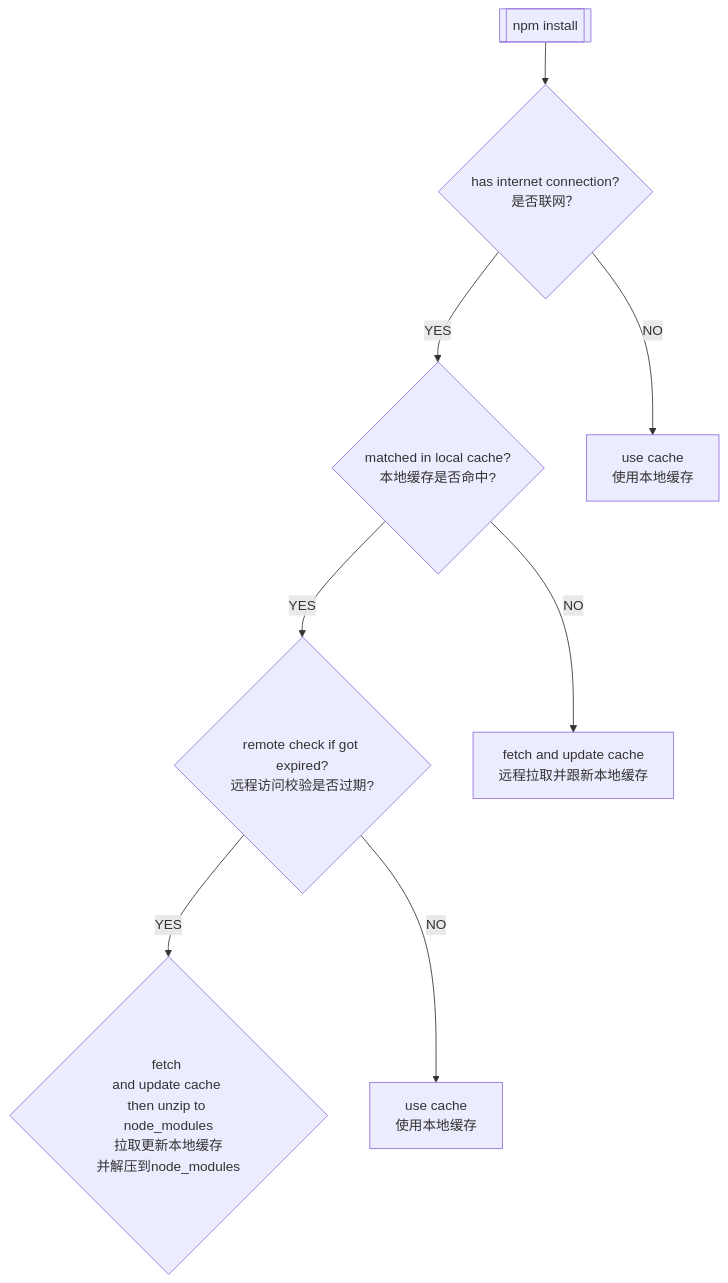
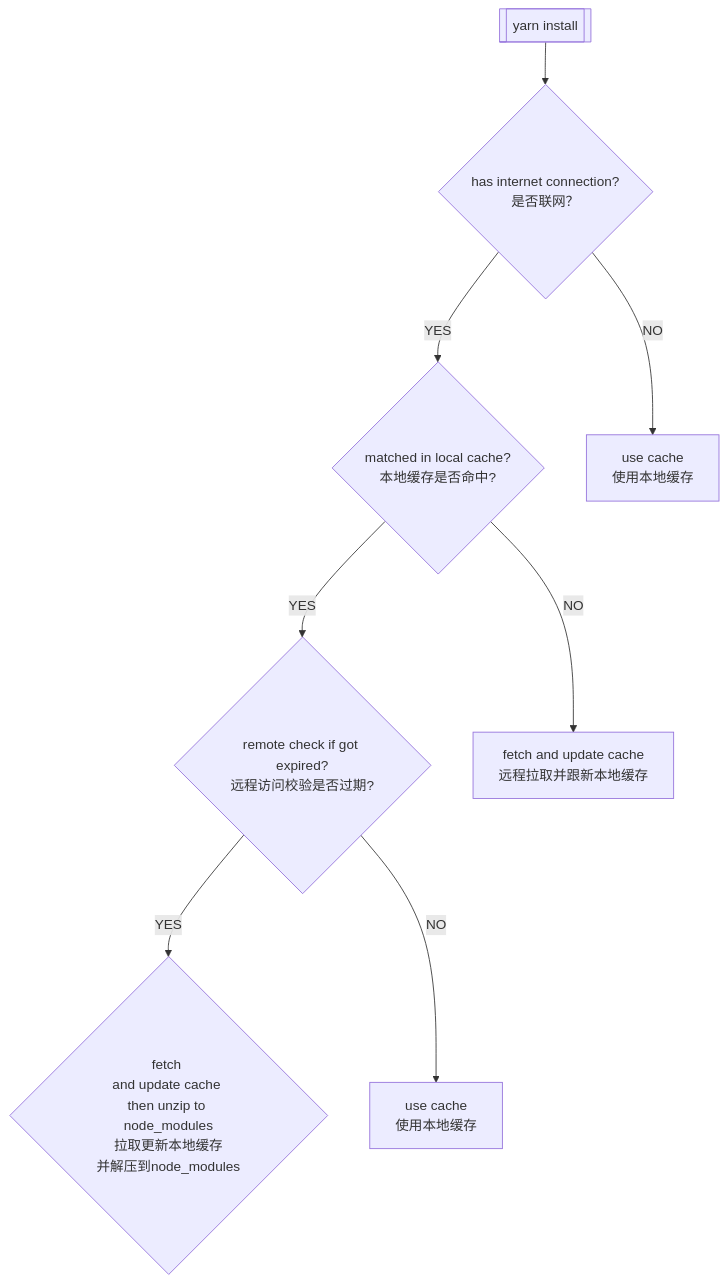
The first of 3 diagrams in _posts/2022-06-10-nestjs-prisma-dockerfile-optimize-zh.md (tuo/tuo.github.io), drawn with Mermaid before and after one commit.

Commit message:
committed

```diff
--- a/_posts/2022-06-10-nestjs-prisma-dockerfile-optimize-zh.md
+++ b/_posts/2022-06-10-nestjs-prisma-dockerfile-optimize-zh.md
@@ -424,17 +424,17 @@
 {% mermaid %}
 
 flowchart TD
-    a0[["npm install"]]
+    a0[["yarn install"]]
     a1{"has internet connection?\n是否联网？"}
     a2{"matched in local cache?\n本地缓存是否命中?"}
     a3{"remote check if got expired?\n远程访问校验是否过期?"}
     a4{"fetch \nand update cache \nthen unzip to node_modules\n拉取更新本地缓存\n并解压到node_modules"}    
     a10["use cache\n使用本地缓存"]
     a20["fetch and update cache\n远程拉取并跟新本地缓存"]
     a30["use cache\n使用本地缓存"]
     a0 --> a1-->|YES|a2-->|YES|a3-->|YES|a4
     a1-->|NO|a10
     a2-->|NO|a20
     a3-->|NO|a30
     
 {% endmermaid %}
```
